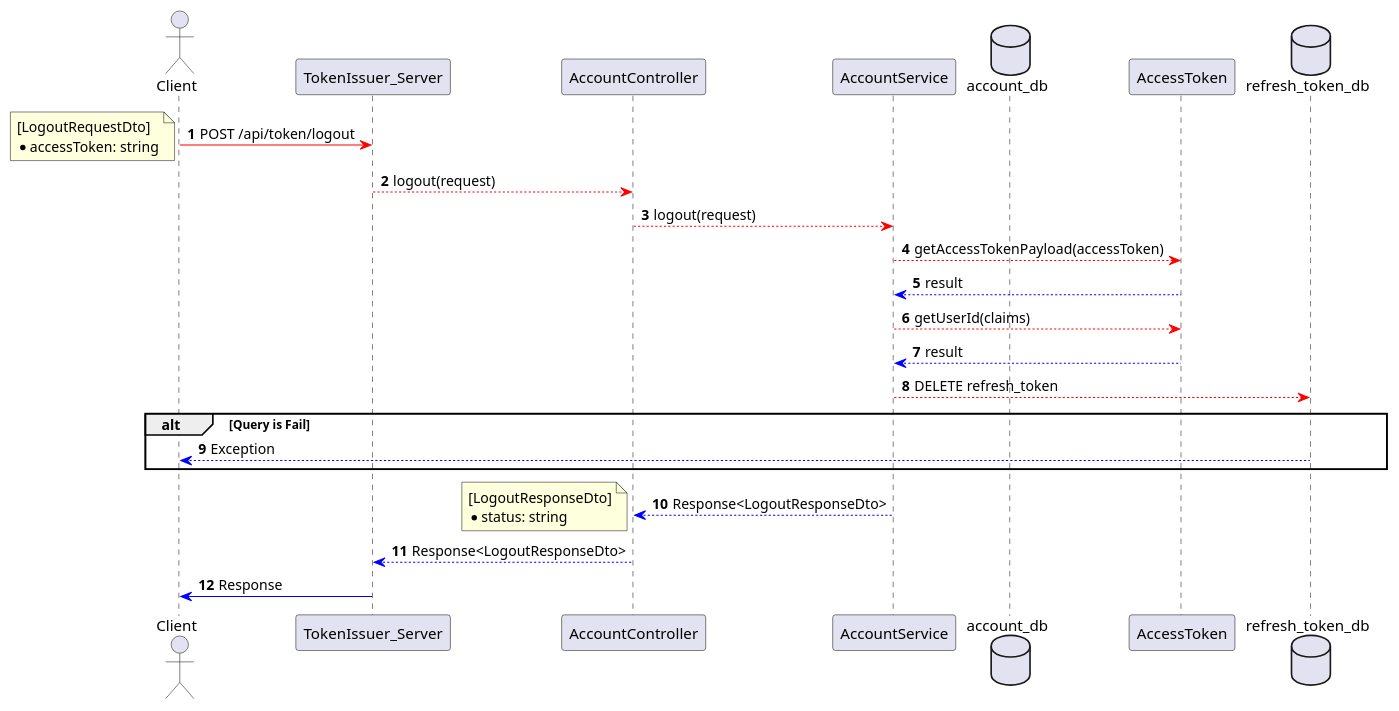
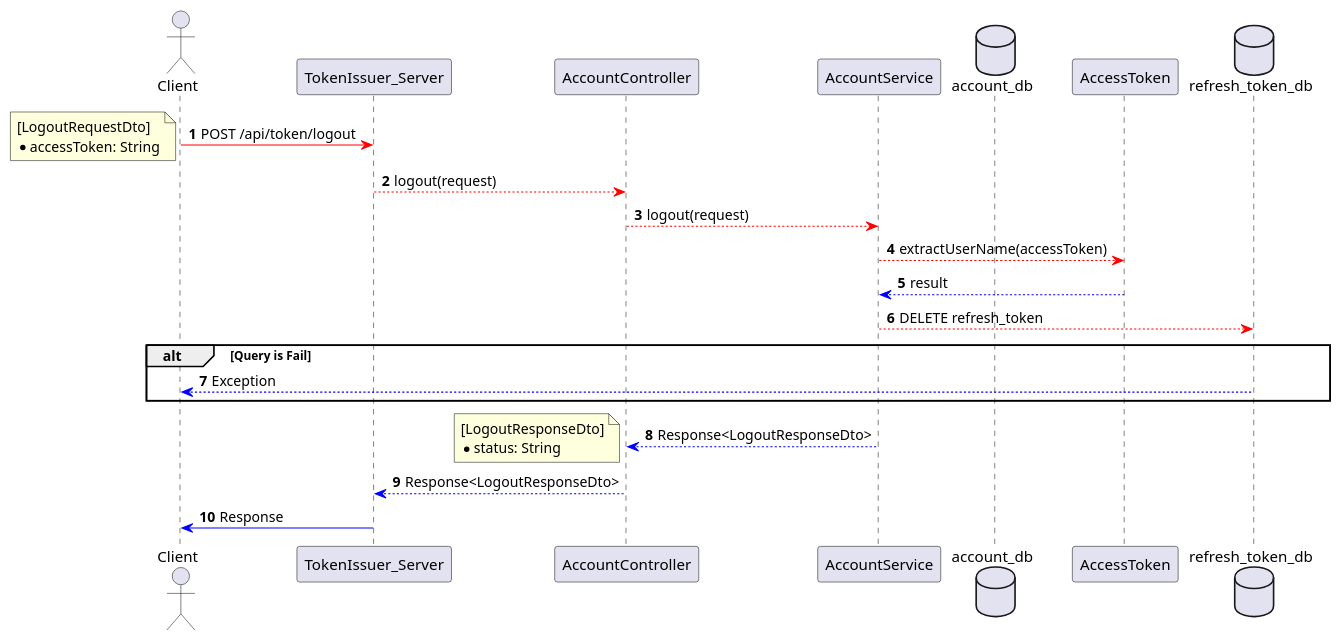
Before and after one commit to tenta3802/jwt-login: the diagram in src/uml/account/sequence/logout-accout.puml, drawn with PlantUML. The commit also changed 2 other files, not shown here.

Commit message:
UML 변경 사항 수정

```diff
--- a/src/uml/account/sequence/logout-accout.puml
+++ b/src/uml/account/sequence/logout-accout.puml
@@ -1,45 +1,42 @@
 @startuml
 'https://plantuml.com/sequence-diagram
 
 autonumber
 
 actor Client as client
 participant TokenIssuer_Server as server
 participant AccountController as co
 participant AccountService as sv
 database account_db as acc_db
 participant AccessToken as at
 database refresh_token_db as ref_db
 
 client -[#red]> server : POST /api/token/logout
 note left
 [LogoutRequestDto]
-* accessToken: string
+* accessToken: String
 end note
 
 autonumber 2
 server --[#red]> co: logout(request)
 co --[#red]> sv: logout(request)
 
-sv --[#red]> at: getAccessTokenPayload(accessToken)
-at --[#blue]> sv: result
-
-sv --[#red]>at: getUserId(claims)
+sv --[#red]> at: extractUserName(accessToken)
 at --[#blue]> sv: result
 
 sv --[#red]>ref_db : DELETE refresh_token
 alt Query is Fail
     ref_db --[#blue]> client: Exception
 end
 
-autonumber 10
+autonumber 8
 co <[#blue]-- sv: Response<LogoutResponseDto>
 note left
 [LogoutResponseDto]
-* status: string
+* status: String
 end note
 server <[#blue]-- co: Response<LogoutResponseDto>
 
 client <[#blue]- server: Response
 
 @enduml
```
